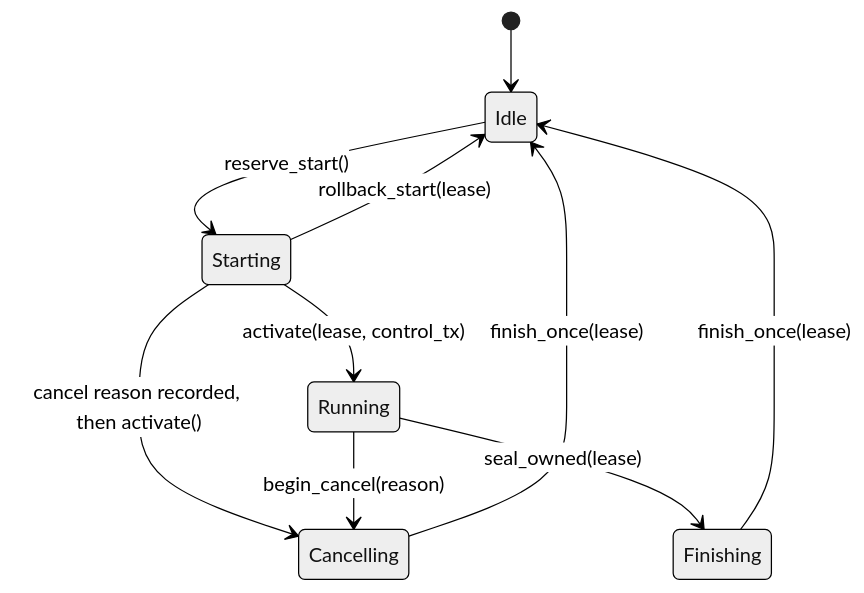
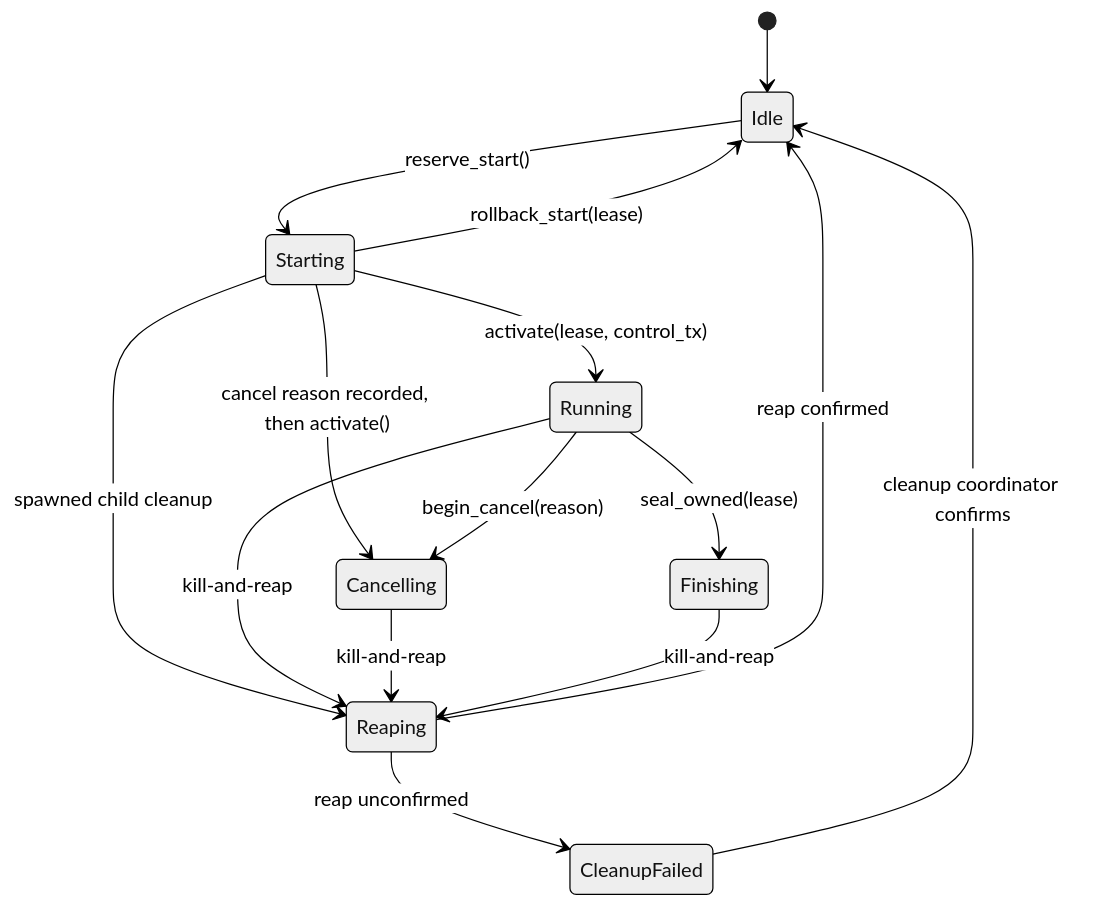
Before and after one commit to youge325/vp: the third of 5 diagrams in docs/03-rust-shell-architecture.md, drawn with Mermaid (neutral theme). The commit also changed other lines of this file and 81 other files, not shown here.

````diff
--- a/docs/03-rust-shell-architecture.md
+++ b/docs/03-rust-shell-architecture.md
@@ -128,12 +135,17 @@
 ```mermaid
 stateDiagram-v2
     [*] --> Idle
     Idle --> Starting: reserve_start()
     Starting --> Running: activate(lease, control_tx)
     Starting --> Cancelling: cancel reason recorded, then activate()
     Starting --> Idle: rollback_start(lease)
     Running --> Cancelling: begin_cancel(reason)
     Running --> Finishing: seal_owned(lease)
-    Cancelling --> Idle: finish_once(lease)
-    Finishing --> Idle: finish_once(lease)
+    Starting --> Reaping: spawned child cleanup
+    Running --> Reaping: kill-and-reap
+    Cancelling --> Reaping: kill-and-reap
+    Finishing --> Reaping: kill-and-reap
+    Reaping --> Idle: reap confirmed
+    Reaping --> CleanupFailed: reap unconfirmed
+    CleanupFailed --> Idle: cleanup coordinator confirms
 ```
````
